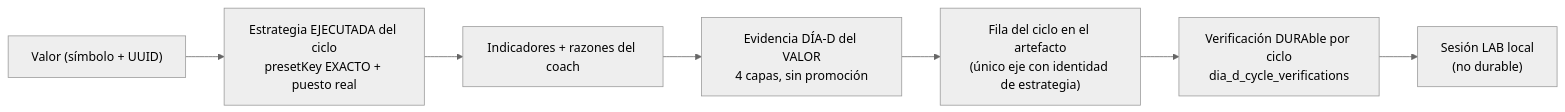
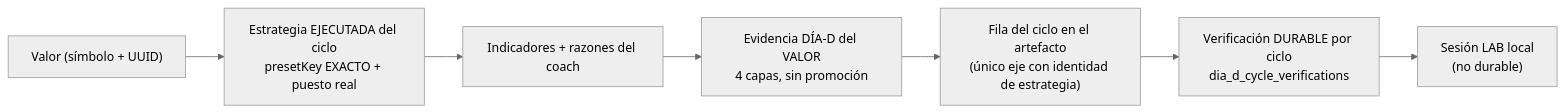
One commit to jvelasca/Bolsa_V1 changed the diagram in docs/engineering/explicacion-estrategia-p3-p4-2026-10-16.md. Above: the diagram before and after it, drawn with Mermaid (neutral theme). The commit also changed other lines of this file and 4 other files, not shown here.

Commit message:
docs/comments: corrige la capitalizacion de 'durable' (DURABLE/DURAble -> durable) en la doc P3-P4 y los comentarios de la explicacion DIA-D; sin cambio de comportamiento (Delta motor=0, Delta decision=0, Delta contrato HTTP=0)

````diff
--- a/docs/engineering/explicacion-estrategia-p3-p4-2026-10-16.md
+++ b/docs/engineering/explicacion-estrategia-p3-p4-2026-10-16.md
@@ -83,9 +83,9 @@
 ```mermaid
 flowchart LR
   V["Valor (símbolo + UUID)"] --> E["Estrategia EJECUTADA del ciclo<br/>presetKey EXACTO + puesto real"]
   E --> I["Indicadores + razones del coach"]
   I --> D["Evidencia DÍA-D del VALOR<br/>4 capas, sin promoción"]
   D --> C["Fila del ciclo en el artefacto<br/>(único eje con identidad de estrategia)"]
-  C --> Vd["Verificación DURAble por ciclo<br/>dia_d_cycle_verifications"]
+  C --> Vd["Verificación DURABLE por ciclo<br/>dia_d_cycle_verifications"]
   Vd --> L["Sesión LAB local<br/>(no durable)"]
 ```
````
